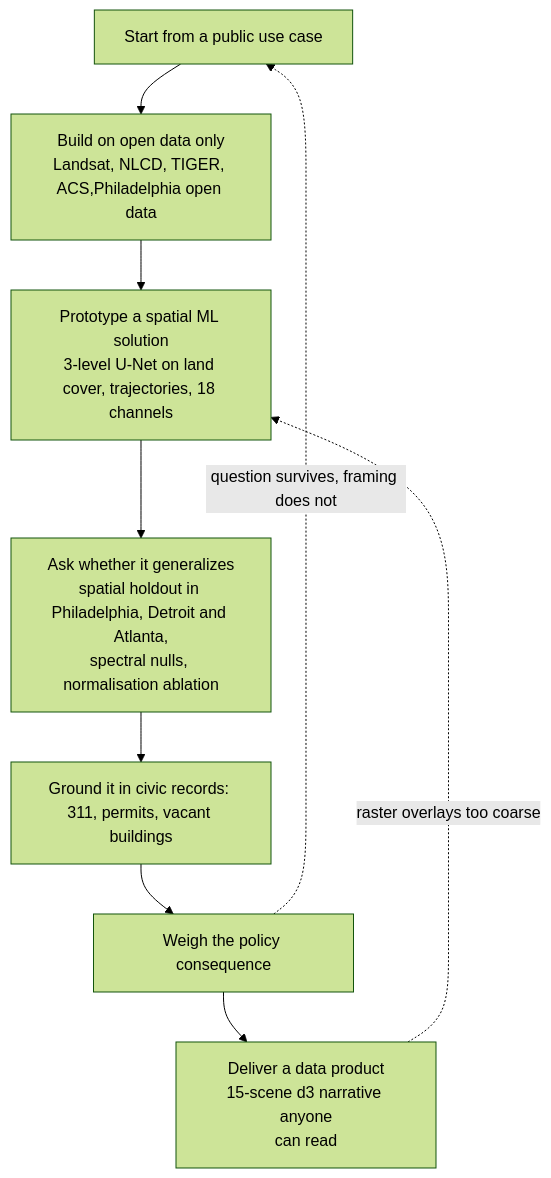
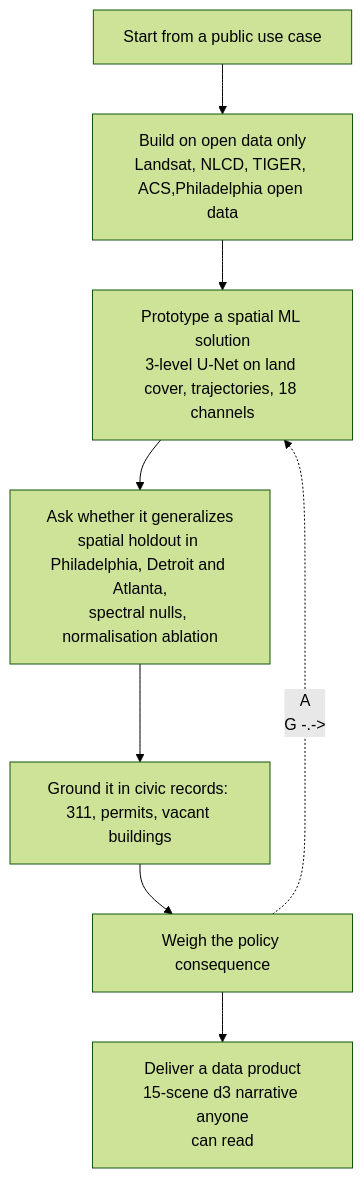
The diagram in README.md (cyber-hbliu/musa650-finalproject), drawn with Mermaid (forest theme) before and after one commit.

````diff
--- a/README.md
+++ b/README.md
@@ -19,13 +19,13 @@
 ```mermaid
 flowchart TD
     A["Start from a public use case"]
     B["Build on open data only<br/>Landsat, NLCD, TIGER, ACS,Philadelphia open data"]
     C["Prototype a spatial ML solution<br/>3-level U-Net on land cover, trajectories, 18 channels"]
     D["Ask whether it generalizes<br/>spatial holdout in Philadelphia, Detroit and Atlanta,<br/>spectral nulls, normalisation ablation"]
     E["Ground it in civic records: 311, permits, vacant buildings"]
     F["Weigh the policy consequence"]
     G["Deliver a data product<br/>15-scene d3 narrative anyone<br/>can read"]
     A --> B --> C --> D --> E --> F --> G
-    F -.->|question survives, framing does not| A
-    G -.->|raster overlays too coarse| C
+    F -.->| A
+    G -.->| C
 ```
````
